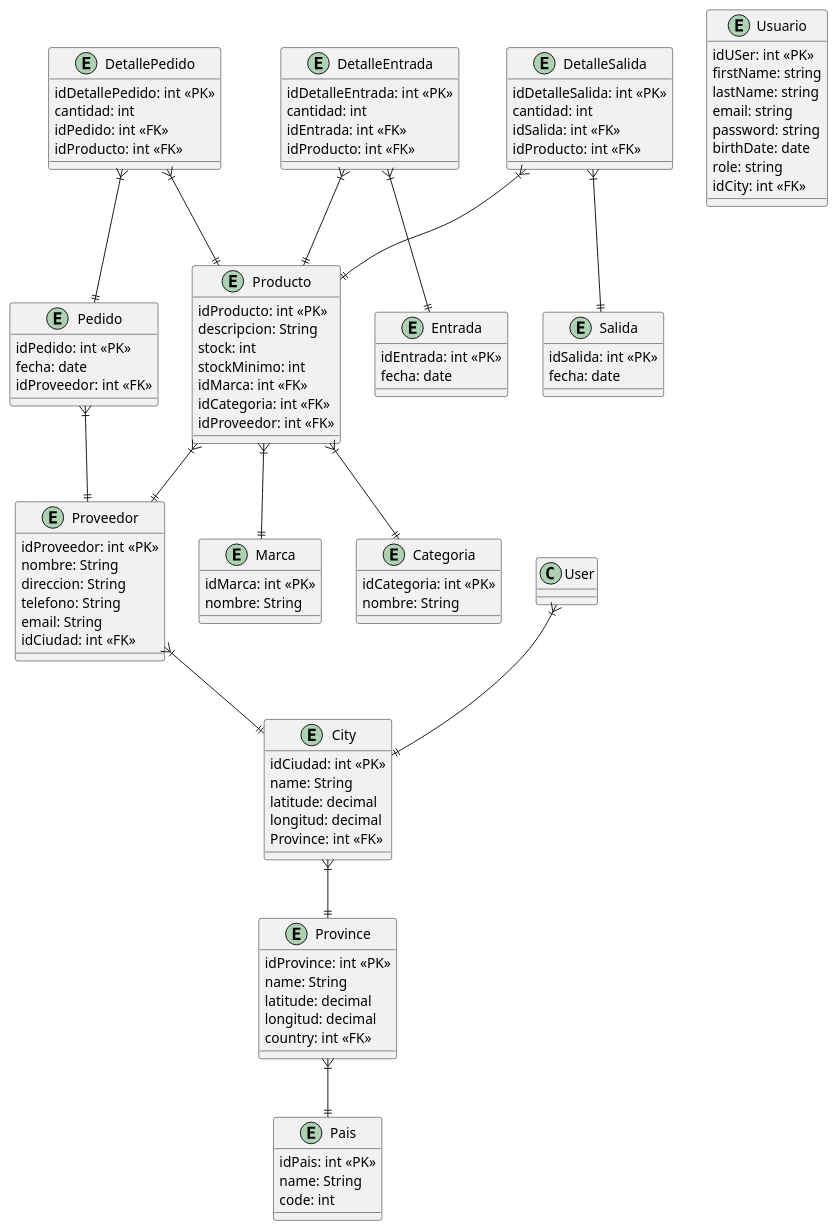
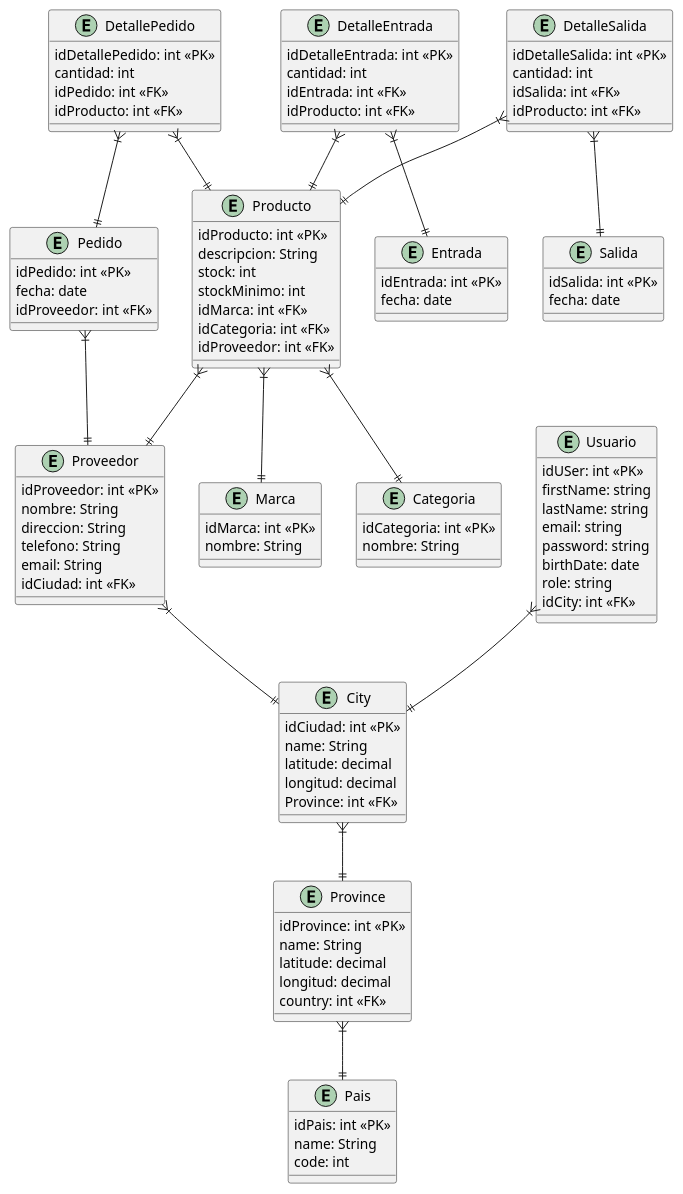
Before and after one commit to MartinCostamagna/ControlDeStock: the diagram in Diagramas/Diagrama de Entidad Relacion.puml, drawn with PlantUML.

```diff
--- a/Diagramas/Diagrama de Entidad Relacion.puml
+++ b/Diagramas/Diagrama de Entidad Relacion.puml
@@ -1,116 +1,116 @@
 @startuml Diagrama de Entidad Relacion
 entity Producto {
     idProducto: int <<PK>>
     descripcion: String
     stock: int
     stockMinimo: int
     idMarca: int <<FK>>
     idCategoria: int <<FK>>
     idProveedor: int <<FK>>
 }
 
 entity Marca {
     idMarca: int <<PK>>
     nombre: String
 }
 
 entity Categoria {
     idCategoria: int <<PK>>
     nombre: String
 }
 
 entity Proveedor {
     idProveedor: int <<PK>>
     nombre: String
     direccion: String
     telefono: String
     email: String
     idCiudad: int <<FK>>
 }
 
 entity City {
     idCiudad: int <<PK>>
     name: String
     latitude: decimal
     longitud: decimal
     Province: int <<FK>>
 }
 
 entity Province {
     idProvince: int <<PK>>
     name: String
     latitude: decimal
     longitud: decimal
     country: int <<FK>>
 }
 
 entity Pais {
     idPais: int <<PK>>
     name: String
     code: int
 }
 
 entity Pedido {
     idPedido: int <<PK>>
     fecha: date
     idProveedor: int <<FK>>
 }
 
 entity DetallePedido {
     idDetallePedido: int <<PK>>
     cantidad: int
     idPedido: int <<FK>>
     idProducto: int <<FK>>
 }
 
 entity Entrada {
     idEntrada: int <<PK>>
     fecha: date
 }
 
 entity DetalleEntrada {
     idDetalleEntrada: int <<PK>>
     cantidad: int
     idEntrada: int <<FK>>
     idProducto: int <<FK>>
 }
 
 entity Salida {
     idSalida: int <<PK>>
     fecha: date
 }
 
 entity DetalleSalida {
     idDetalleSalida: int <<PK>>
     cantidad: int
     idSalida: int <<FK>>
     idProducto: int <<FK>>
 }
 
 entity Usuario {
     idUSer: int <<PK>>
     firstName: string
     lastName: string
     email: string
     password: string
     birthDate: date
     role: string
     idCity: int <<FK>>
 }
 
 Producto }|--|| Marca
 Producto }|--|| Categoria
 Producto }|--|| Proveedor
 Proveedor }|--|| City
-User }|--|| City 
+Usuario }|--|| City 
 City }|--|| Province
 Province }|--|| Pais
 Pedido }|--|| Proveedor
 DetallePedido }|--|| Pedido
 DetallePedido }|--|| Producto
 DetalleEntrada }|--|| Entrada
 DetalleEntrada }|--|| Producto
 DetalleSalida }|--|| Salida
 DetalleSalida }|--|| Producto
 
 @enduml
```
